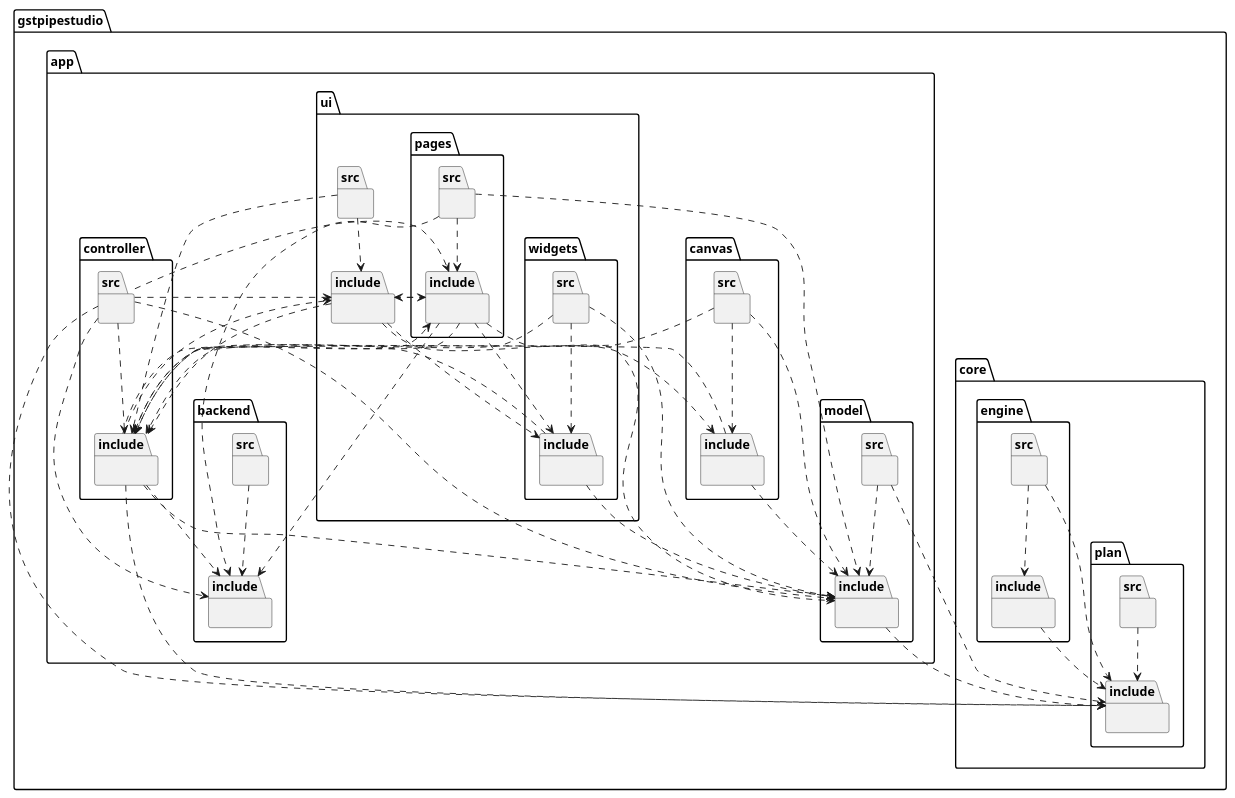
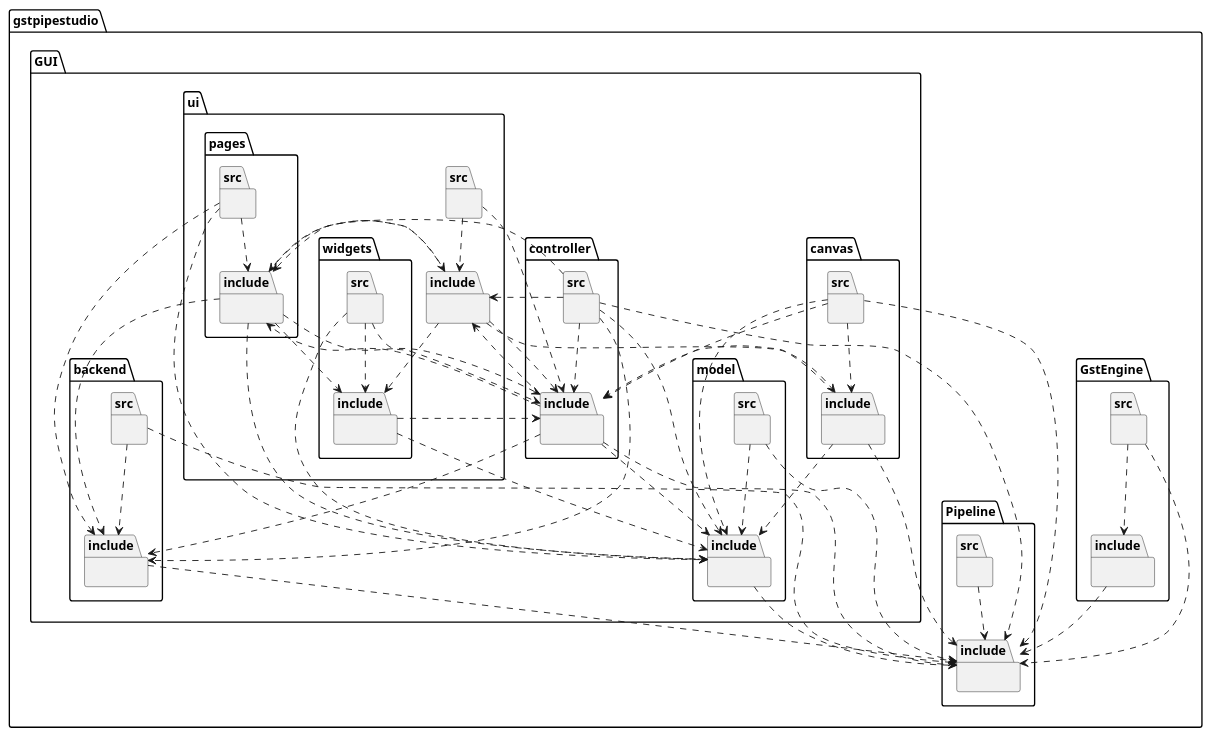
One commit to mevlt01001/GstPipeStudio changed the diagram in gstpipestudio/docs/uml/architecture_overview.puml. Above: the diagram before and after it, drawn with PlantUML. The commit also changed 14 other files, not shown here.

Commit message:
docs(uml): update UML diagrams [skip ci]

```diff
--- a/gstpipestudio/docs/uml/architecture_overview.puml
+++ b/gstpipestudio/docs/uml/architecture_overview.puml
@@ -1,108 +1,110 @@
 @startuml
 package [gstpipestudio] as C_0017057495108627587053 {
-package [core] as C_0012894861064521867090 {
-package [plan] as C_0002971759619185555352 {
-package [include] as C_0010367999445651334064 {
+package [Pipeline] as C_0011100877587838171635 {
+package [include] as C_0013451903814364007227 {
 }
-package [src] as C_0002582689062293143727 {
+package [src] as C_0005549685070532914683 {
 }
 }
-package [engine] as C_0017923219906842221277 {
-package [include] as C_0015966878866093441709 {
+package [GstEngine] as C_0015072892890278278064 {
+package [include] as C_0009379205534135218009 {
 }
-package [src] as C_0007287627865216652411 {
+package [src] as C_0007952921082079037063 {
 }
 }
+package [GUI] as C_0016450184739886621825 {
+package [backend] as C_0015963174089252431139 {
+package [include] as C_0005997714335857916036 {
 }
-package [app] as C_0017624386574524238040 {
-package [backend] as C_0002981332528105629303 {
-package [include] as C_0014306782409507360507 {
-}
-package [src] as C_0003203453289242908113 {
+package [src] as C_0017412195170533298320 {
 }
 }
-package [ui] as C_0006670580327551572252 {
-package [include] as C_0015771189195752869915 {
+package [model] as C_0006877111283526106112 {
+package [include] as C_0010971195301671032649 {
 }
-package [widgets] as C_0003776884589764586836 {
-package [include] as C_0001266318526031853264 {
-}
-package [src] as C_0004990143619839606891 {
+package [src] as C_0003173915324289022871 {
 }
 }
-package [pages] as C_0013130590165211359386 {
-package [include] as C_0014300313270481322647 {
+package [ui] as C_0013452498524715324093 {
+package [include] as C_0015285606492363479849 {
 }
-package [src] as C_0013972685662614161342 {
+package [widgets] as C_0001384092247444144172 {
+package [include] as C_0015962202865084656013 {
+}
+package [src] as C_0011628789436367685739 {
 }
 }
-package [src] as C_0000188829693883047291 {
+package [pages] as C_0012395537236495924999 {
+package [include] as C_0010183564496776104473 {
+}
+package [src] as C_0016274312495537776055 {
 }
 }
-package [canvas] as C_0001376217784616554099 {
-package [include] as C_0006334039208790150231 {
-}
-package [src] as C_0000872430317709054616 {
+package [src] as C_0018182010445020833700 {
 }
 }
-package [model] as C_0003304101111281652823 {
-package [include] as C_0014186263553356077660 {
+package [canvas] as C_0003060484438086645992 {
+package [include] as C_0010396919742002596407 {
 }
-package [src] as C_0008646445445754065813 {
+package [src] as C_0011323056311705923130 {
 }
 }
-package [controller] as C_0017632301074384575440 {
-package [include] as C_0005714370440626416223 {
+package [controller] as C_0008394880345104841661 {
+package [include] as C_0000721726107133779639 {
 }
-package [src] as C_0017776803766029362029 {
+package [src] as C_0007677160247255698328 {
 }
 }
 }
 }
-C_0002582689062293143727 ..> C_0010367999445651334064
-C_0015966878866093441709 ..> C_0010367999445651334064
-C_0007287627865216652411 ..> C_0010367999445651334064
-C_0007287627865216652411 ..> C_0015966878866093441709
-C_0003203453289242908113 ..> C_0014306782409507360507
-C_0015771189195752869915 ..> C_0005714370440626416223
-C_0015771189195752869915 ..> C_0006334039208790150231
-C_0015771189195752869915 ..> C_0014300313270481322647
-C_0015771189195752869915 ..> C_0001266318526031853264
-C_0001266318526031853264 ..> C_0014186263553356077660
-C_0001266318526031853264 ..> C_0005714370440626416223
-C_0004990143619839606891 ..> C_0014186263553356077660
-C_0004990143619839606891 ..> C_0001266318526031853264
-C_0004990143619839606891 ..> C_0005714370440626416223
-C_0014300313270481322647 ..> C_0014186263553356077660
-C_0014300313270481322647 ..> C_0001266318526031853264
-C_0014300313270481322647 ..> C_0015771189195752869915
-C_0014300313270481322647 ..> C_0014306782409507360507
-C_0014300313270481322647 ..> C_0005714370440626416223
-C_0013972685662614161342 ..> C_0014306782409507360507
-C_0013972685662614161342 ..> C_0014300313270481322647
-C_0013972685662614161342 ..> C_0014186263553356077660
-C_0000188829693883047291 ..> C_0005714370440626416223
-C_0000188829693883047291 ..> C_0015771189195752869915
-C_0006334039208790150231 ..> C_0005714370440626416223
-C_0006334039208790150231 ..> C_0014186263553356077660
-C_0000872430317709054616 ..> C_0006334039208790150231
-C_0000872430317709054616 ..> C_0014186263553356077660
-C_0000872430317709054616 ..> C_0005714370440626416223
-C_0014186263553356077660 ..> C_0010367999445651334064
-C_0008646445445754065813 ..> C_0010367999445651334064
-C_0008646445445754065813 ..> C_0014186263553356077660
-C_0005714370440626416223 ..> C_0010367999445651334064
-C_0005714370440626416223 ..> C_0014186263553356077660
-C_0005714370440626416223 ..> C_0014306782409507360507
-C_0005714370440626416223 ..> C_0015771189195752869915
-C_0005714370440626416223 ..> C_0014300313270481322647
-C_0017776803766029362029 ..> C_0014306782409507360507
-C_0017776803766029362029 ..> C_0014186263553356077660
-C_0017776803766029362029 ..> C_0010367999445651334064
-C_0017776803766029362029 ..> C_0005714370440626416223
-C_0017776803766029362029 ..> C_0015771189195752869915
-C_0017776803766029362029 ..> C_0014300313270481322647
+C_0005549685070532914683 ..> C_0013451903814364007227
+C_0009379205534135218009 ..> C_0013451903814364007227
+C_0007952921082079037063 ..> C_0013451903814364007227
+C_0007952921082079037063 ..> C_0009379205534135218009
+C_0005997714335857916036 ..> C_0013451903814364007227
+C_0017412195170533298320 ..> C_0013451903814364007227
+C_0017412195170533298320 ..> C_0005997714335857916036
+C_0010971195301671032649 ..> C_0013451903814364007227
+C_0003173915324289022871 ..> C_0013451903814364007227
+C_0003173915324289022871 ..> C_0010971195301671032649
+C_0015285606492363479849 ..> C_0000721726107133779639
+C_0015285606492363479849 ..> C_0010396919742002596407
+C_0015285606492363479849 ..> C_0010183564496776104473
+C_0015285606492363479849 ..> C_0015962202865084656013
+C_0015962202865084656013 ..> C_0010971195301671032649
+C_0015962202865084656013 ..> C_0000721726107133779639
+C_0011628789436367685739 ..> C_0010971195301671032649
+C_0011628789436367685739 ..> C_0015962202865084656013
+C_0011628789436367685739 ..> C_0000721726107133779639
+C_0010183564496776104473 ..> C_0010971195301671032649
+C_0010183564496776104473 ..> C_0015962202865084656013
+C_0010183564496776104473 ..> C_0015285606492363479849
+C_0010183564496776104473 ..> C_0005997714335857916036
+C_0010183564496776104473 ..> C_0000721726107133779639
+C_0016274312495537776055 ..> C_0005997714335857916036
+C_0016274312495537776055 ..> C_0010183564496776104473
+C_0016274312495537776055 ..> C_0010971195301671032649
+C_0018182010445020833700 ..> C_0000721726107133779639
+C_0018182010445020833700 ..> C_0015285606492363479849
+C_0010396919742002596407 ..> C_0000721726107133779639
+C_0010396919742002596407 ..> C_0013451903814364007227
+C_0010396919742002596407 ..> C_0010971195301671032649
+C_0011323056311705923130 ..> C_0010396919742002596407
+C_0011323056311705923130 ..> C_0010971195301671032649
+C_0011323056311705923130 ..> C_0000721726107133779639
+C_0011323056311705923130 ..> C_0013451903814364007227
+C_0000721726107133779639 ..> C_0013451903814364007227
+C_0000721726107133779639 ..> C_0005997714335857916036
+C_0000721726107133779639 ..> C_0010971195301671032649
+C_0000721726107133779639 ..> C_0015285606492363479849
+C_0000721726107133779639 ..> C_0010183564496776104473
+C_0007677160247255698328 ..> C_0005997714335857916036
+C_0007677160247255698328 ..> C_0010971195301671032649
+C_0007677160247255698328 ..> C_0013451903814364007227
+C_0007677160247255698328 ..> C_0000721726107133779639
+C_0007677160247255698328 ..> C_0015285606492363479849
+C_0007677160247255698328 ..> C_0010183564496776104473
 
 'Generated with clang-uml, version 0.6.3
 'LLVM version Ubuntu clang version 15.0.7
 @enduml
```
